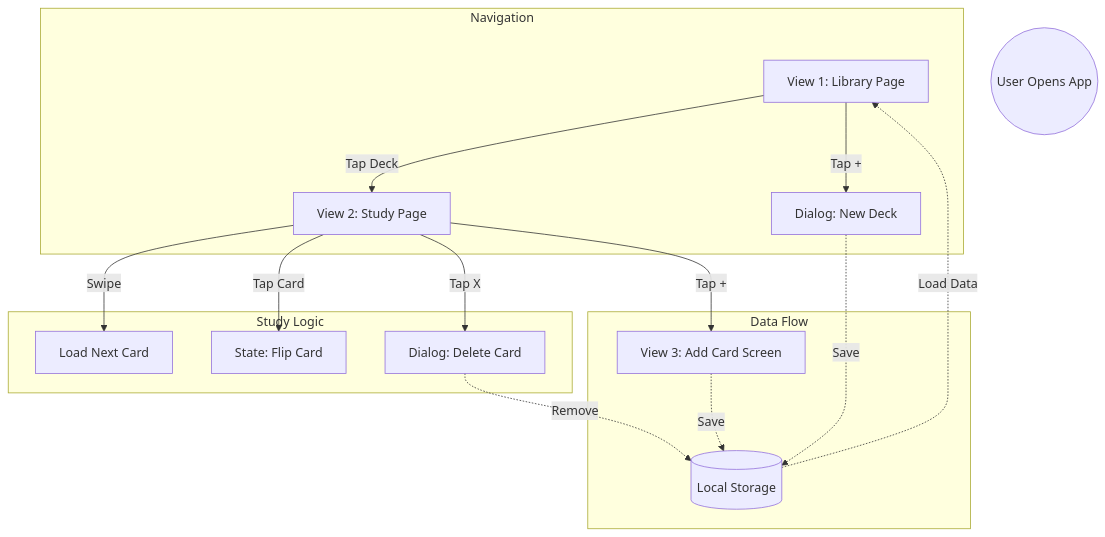
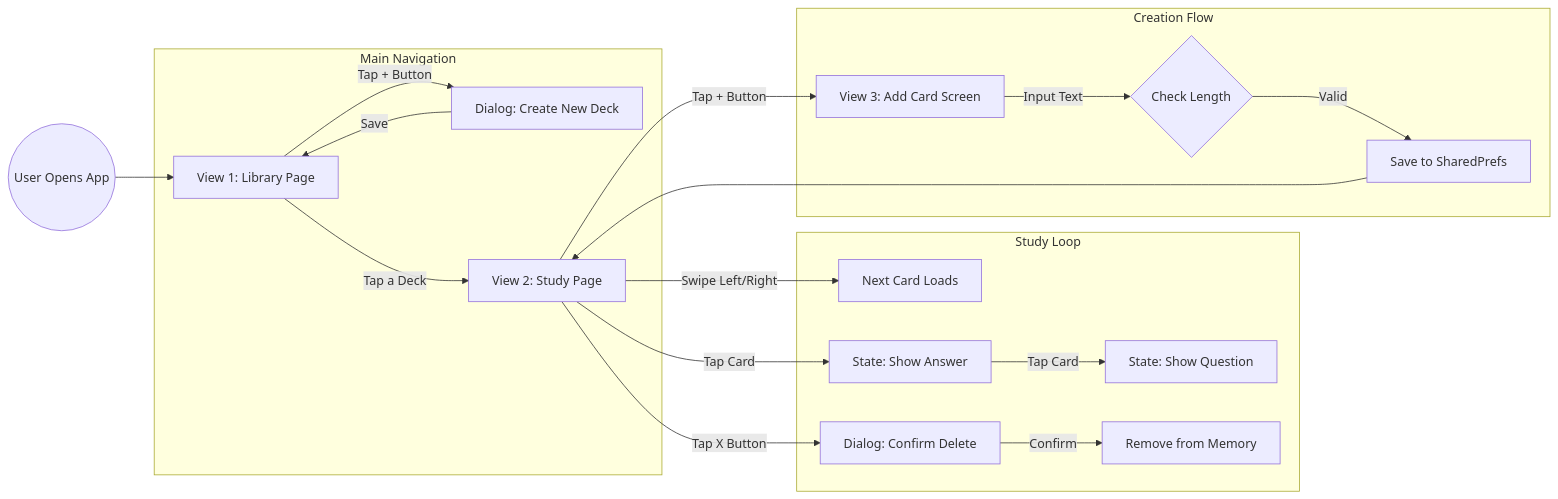
Before and after one commit to fisram/flashcards: the diagram in README.md, drawn with Mermaid. The commit also changed other lines of this file, not shown here.

Commit message:
new flowchart

````diff
--- a/README.md
+++ b/README.md
@@ -24,27 +24,27 @@
 ```mermaid
-flowchart TD
-    %% Nodes
-    Start((User Opens App))
-    Library[View 1: Library Page]
-    SharedPrefs[(Local Storage)]
+flowchart LR
+    Start((User Opens App)) --> Library[View 1: Library Page]
     
-    subgraph Navigation
-        Library -->|Tap Deck| Study[View 2: Study Page]
-        Library -->|Tap +| AddDeck[Dialog: New Deck]
+    subgraph "Main Navigation"
+        Library -->|Tap + Button| AddDeck[Dialog: Create New Deck]
+        AddDeck -->|Save| Library
+        
+        Library -->|Tap a Deck| Study[View 2: Study Page]
     end
     
-    subgraph Study Logic
-        Study -->|Swipe| NextCard[Load Next Card]
-        Study -->|Tap Card| Flip[State: Flip Card]
-        Study -->|Tap X| Delete[Dialog: Delete Card]
+    subgraph "Study Loop"
+        Study -->|Swipe Left/Right| NextCard[Next Card Loads]
+        Study -->|Tap Card| Flip[State: Show Answer]
+        Flip -->|Tap Card| Unflip[State: Show Question]
+        
+        Study -->|Tap X Button| Delete[Dialog: Confirm Delete]
+        Delete -->|Confirm| RemoveCard[Remove from Memory]
     end
     
-    subgraph Data Flow
-        AddDeck -.->|Save| SharedPrefs
-        Delete -.->|Remove| SharedPrefs
-        AddCard[View 3: Add Card Screen] -.->|Save| SharedPrefs
+    subgraph "Creation Flow"
+        Study -->|Tap + Button| AddScreen[View 3: Add Card Screen]
+        AddScreen -->|Input Text| Validate{Check Length}
+        Validate -->|Valid| SaveDisk[Save to SharedPrefs]
+        SaveDisk --> Study
     end
-
-    Study -->|Tap +| AddCard
-    SharedPrefs -.->|Load Data| Library
 ```
````
